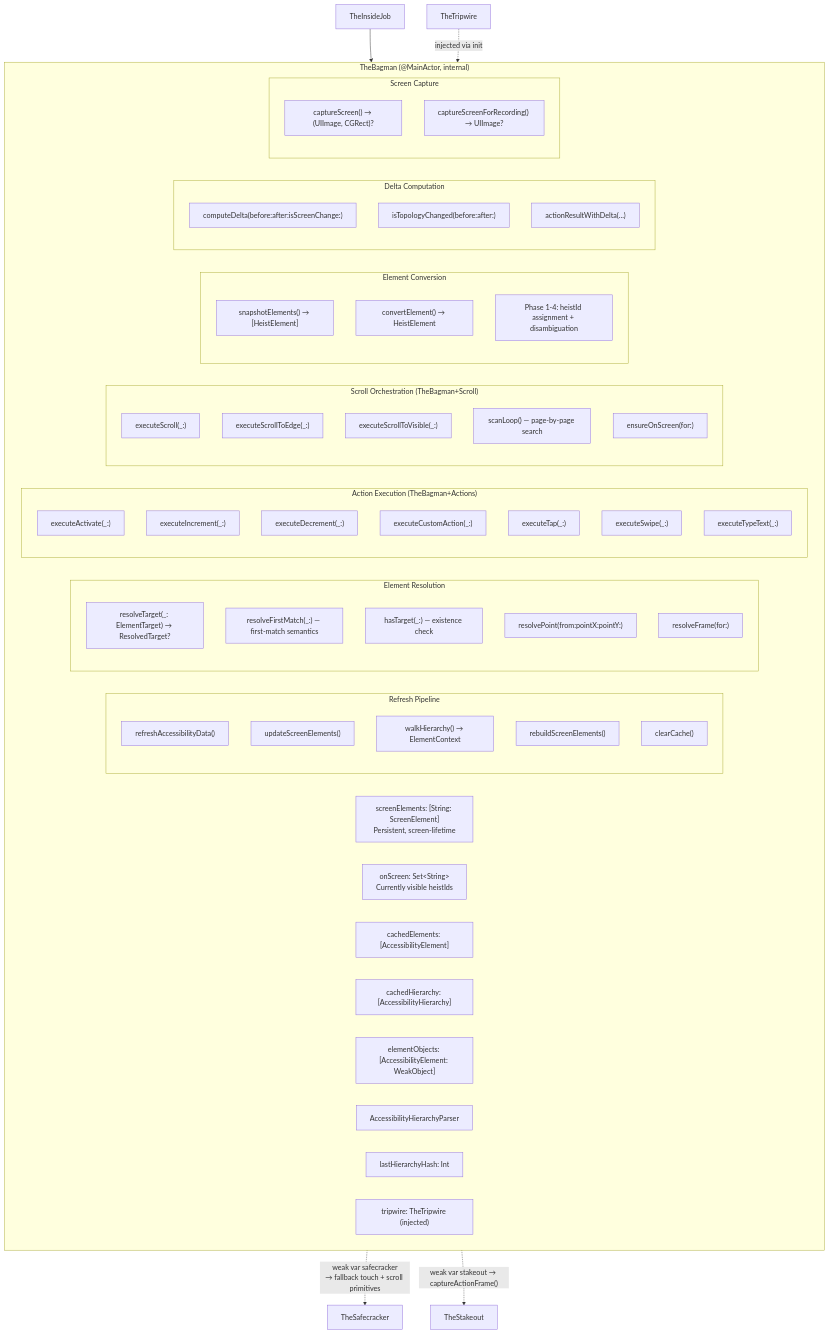
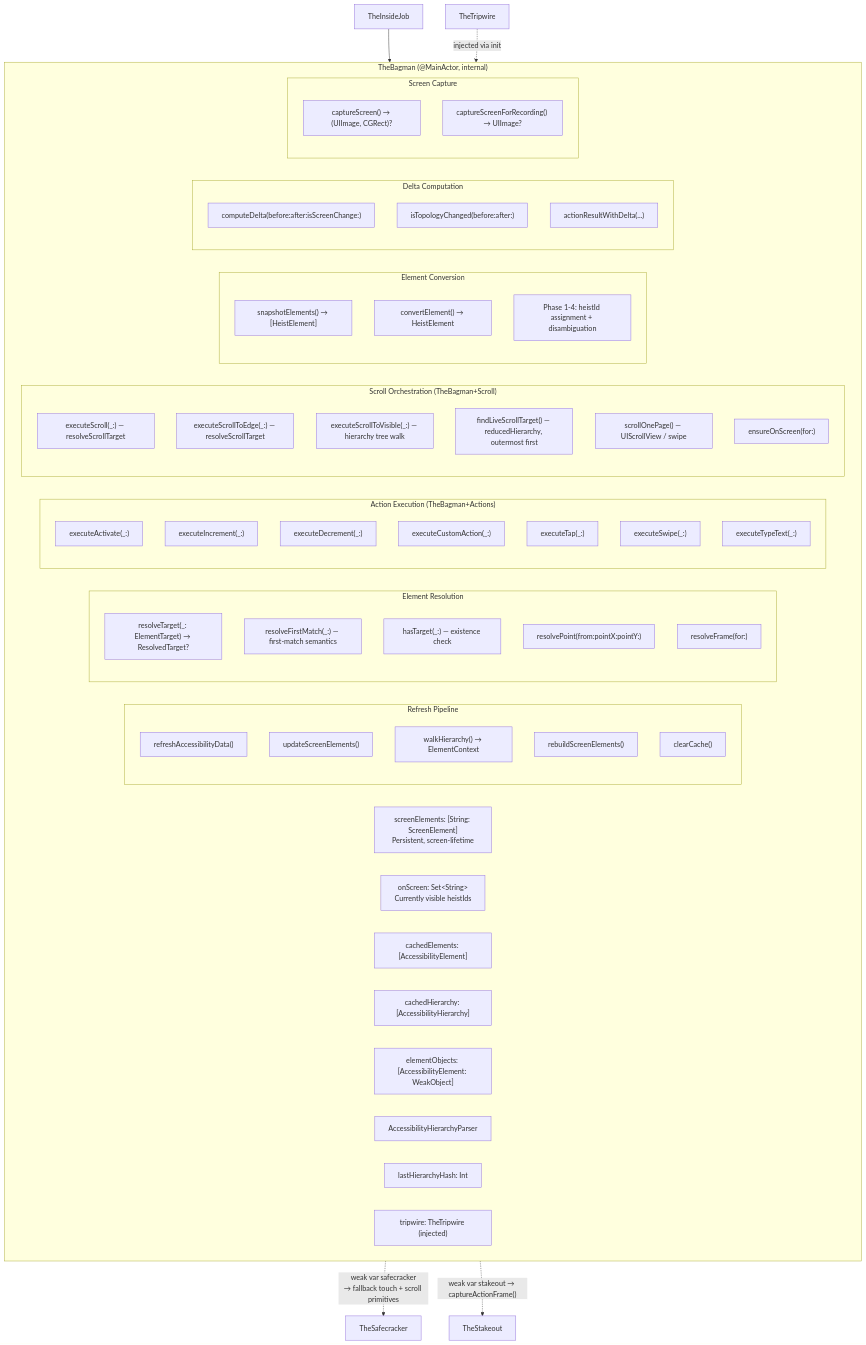
Before and after one commit to RoyalPineapple/TheButtonHeist: the second of 9 diagrams in docs/dossiers/13-THEBAGMAN.md, drawn with Mermaid. The commit also changed other lines of this file and 27 other files, not shown here.

First line of the commit message:
Nested scroll views + resolveTarget result type (#178)

````diff
--- a/docs/dossiers/13-THEBAGMAN.md
+++ b/docs/dossiers/13-THEBAGMAN.md
@@ -64,69 +64,70 @@
 ```mermaid
 graph TD
     subgraph TheBagman["TheBagman (@MainActor, internal)"]
         Registry["screenElements: [String: ScreenElement]<br/>Persistent, screen-lifetime"]
         OnScreen["onScreen: Set&lt;String&gt;<br/>Currently visible heistIds"]
         Cache["cachedElements: [AccessibilityElement]"]
         Hierarchy["cachedHierarchy: [AccessibilityHierarchy]"]
         WeakRefs["elementObjects: [AccessibilityElement: WeakObject]"]
         Parser["AccessibilityHierarchyParser"]
         Hash["lastHierarchyHash: Int"]
         Tripwire["tripwire: TheTripwire (injected)"]
 
         subgraph Refresh["Refresh Pipeline"]
             RefreshData["refreshAccessibilityData()"]
             UpdateScreen["updateScreenElements()"]
             WalkHierarchy["walkHierarchy() → ElementContext"]
             RebuildScreen["rebuildScreenElements()"]
             ClearCache["clearCache()"]
         end
 
         subgraph Resolution["Element Resolution"]
             ResolveTarget["resolveTarget(_: ElementTarget) → ResolvedTarget?"]
             ResolveFirstMatch["resolveFirstMatch(_:) — first-match semantics"]
             HasTarget["hasTarget(_:) — existence check"]
             ResolvePoint["resolvePoint(from:pointX:pointY:)"]
             ResolveFrame["resolveFrame(for:)"]
         end
 
         subgraph Actions["Action Execution (TheBagman+Actions)"]
             Activate["executeActivate(_:)"]
             Increment["executeIncrement(_:)"]
             Decrement["executeDecrement(_:)"]
             CustomAction["executeCustomAction(_:)"]
             Tap["executeTap(_:)"]
             Swipe["executeSwipe(_:)"]
             TypeText["executeTypeText(_:)"]
         end
 
         subgraph Scrolling["Scroll Orchestration (TheBagman+Scroll)"]
-            Scroll["executeScroll(_:)"]
-            ScrollEdge["executeScrollToEdge(_:)"]
-            ScrollVisible["executeScrollToVisible(_:)"]
-            ScanLoop["scanLoop() — page-by-page search"]
+            Scroll["executeScroll(_:) — resolveScrollTarget"]
+            ScrollEdge["executeScrollToEdge(_:) — resolveScrollTarget"]
+            ScrollVisible["executeScrollToVisible(_:) — hierarchy tree walk"]
+            FindTarget["findLiveScrollTarget() — reducedHierarchy, outermost first"]
+            ScrollOnePage["scrollOnePage() — UIScrollView / swipe"]
             EnsureOnScreen["ensureOnScreen(for:)"]
         end
 
         subgraph Conversion["Element Conversion"]
             Snapshot["snapshotElements() → [HeistElement]"]
             Convert["convertElement() → HeistElement"]
             AssignIds["Phase 1-4: heistId assignment + disambiguation"]
         end
 
         subgraph Delta["Delta Computation"]
             ComputeDelta["computeDelta(before:after:isScreenChange:)"]
             TopoChanged["isTopologyChanged(before:after:)"]
             ActionResult["actionResultWithDelta(...)"]
         end
 
         subgraph Screen["Screen Capture"]
             CaptureScreen["captureScreen() → (UIImage, CGRect)?"]
             CaptureRecording["captureScreenForRecording() → UIImage?"]
         end
     end
 
     TheInsideJob["TheInsideJob"] --> TheBagman
     TheTripwire["TheTripwire"] -.->|injected via init| TheBagman
     TheBagman -.->|"weak var safecracker<br/>→ fallback touch + scroll primitives"| TheSafecracker["TheSafecracker"]
     TheBagman -.->|"weak var stakeout → captureActionFrame()"| TheStakeout["TheStakeout"]
 ```
````
